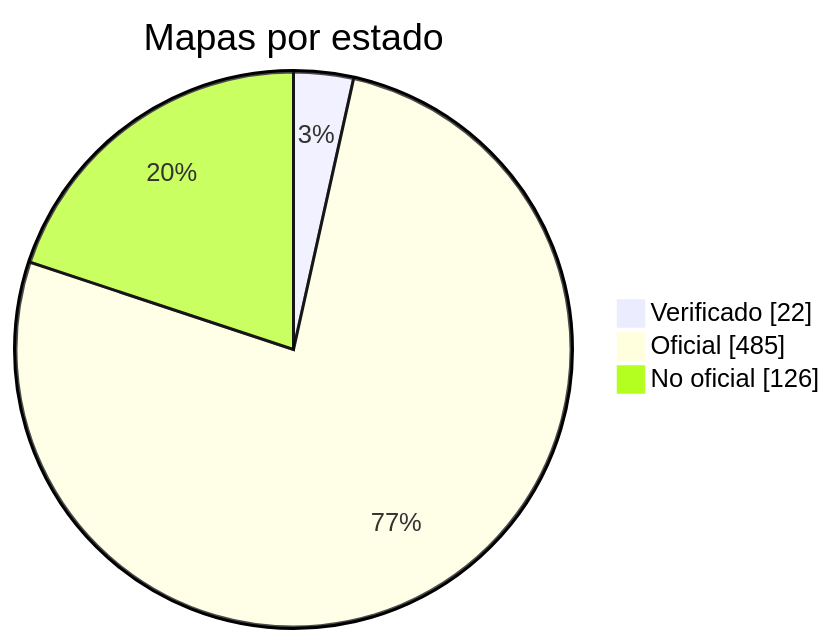
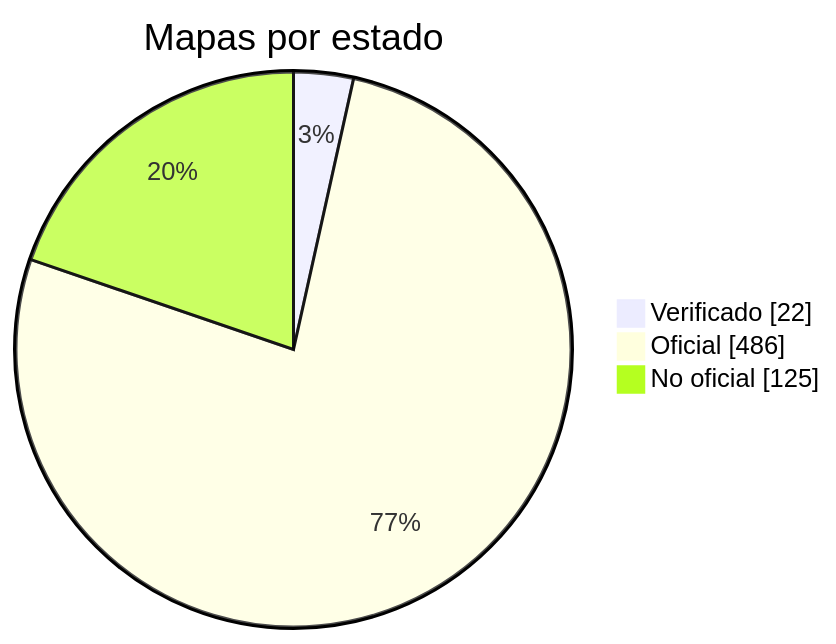
One commit to nobrega8/mbmap-library changed the diagram in docs/readme/README_ES.md. Above: the diagram before and after it, drawn with Mermaid. The commit also changed 6 other files, not shown here.

````diff
--- a/docs/readme/README_ES.md
+++ b/docs/readme/README_ES.md
@@ -54,7 +54,7 @@
 ```mermaid
 pie showData
     title Mapas por estado
     "Verificado" : 22
-    "Oficial" : 485
-    "No oficial" : 126
+    "Oficial" : 486
+    "No oficial" : 125
 ```
````
